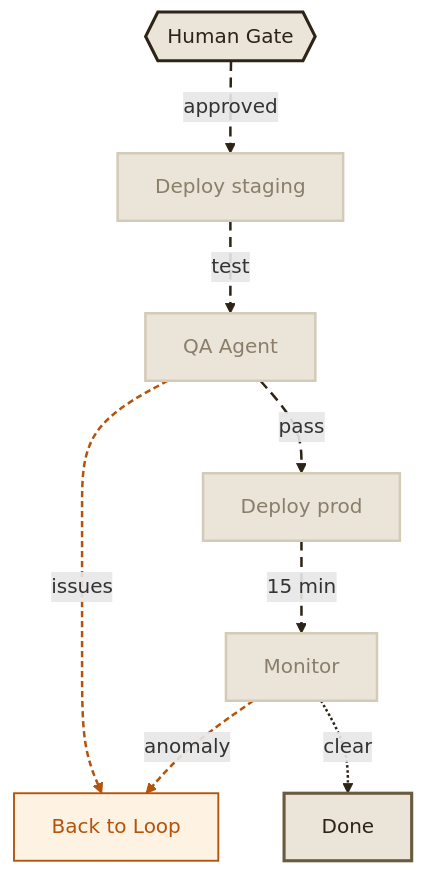
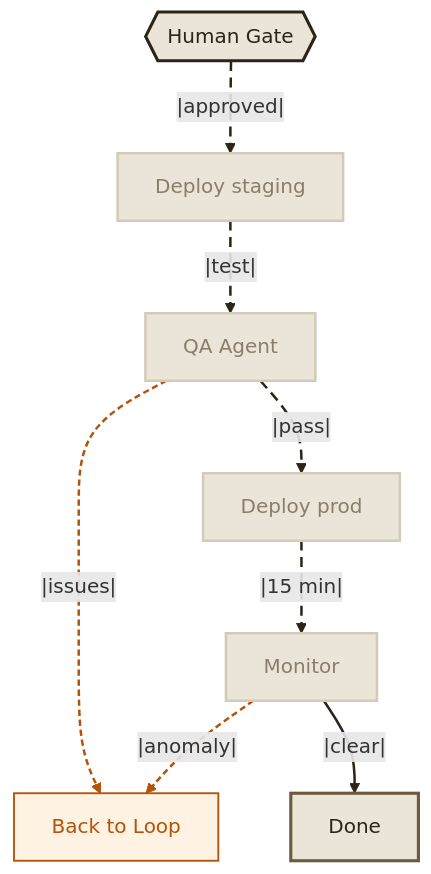
The fifth of 5 diagrams in docs/docs/concepts/index.mdx (dunkinfrunkin/maestro), drawn with Mermaid before and after one commit. The commit also changed other lines of this file, not shown here.

````diff
--- a/docs/docs/concepts/index.mdx
+++ b/docs/docs/concepts/index.mdx
@@ -137,26 +137,26 @@
 ```mermaid
 graph TB
-  HG{{"Human Gate"}} -. "approved" .-> DA["Deploy staging"]
-  DA -. "test" .-> QA["QA Agent"]
-  QA -. "issues" .-> BACK["Back to Loop"]
-  QA -. "pass" .-> DA2["Deploy prod"]
-  DA2 -. "15 min" .-> MA["Monitor"]
-  MA -. "anomaly" .-> BACK
-  MA -. "clear" .-> DONE["Done"]
+  HG{{"Human Gate"}} -- |approved| --> DA["Deploy staging"]
+  DA -- |test| --> QA["QA Agent"]
+  QA -- |issues| --> BACK["Back to Loop"]
+  QA -- |pass| --> DA2["Deploy prod"]
+  DA2 -- |15 min| --> MA["Monitor"]
+  MA -- |anomaly| --> BACK
+  MA -- |clear| --> DONE["Done"]
 
   style HG fill:#ebe5d9,stroke:#2c2416,stroke-width:2.5px,color:#2c2416
   style DA fill:#ebe5d9,stroke:#d4cab8,stroke-width:2px,color:#8a7e6b
   style QA fill:#ebe5d9,stroke:#d4cab8,stroke-width:2px,color:#8a7e6b
   style DA2 fill:#ebe5d9,stroke:#d4cab8,stroke-width:2px,color:#8a7e6b
   style MA fill:#ebe5d9,stroke:#d4cab8,stroke-width:2px,color:#8a7e6b
   style BACK fill:#fef3e2,stroke:#b45309,stroke-width:1.5px,color:#b45309
   style DONE fill:#ebe5d9,stroke:#6b5b3e,stroke-width:2.5px,color:#2c2416
 
   linkStyle 0 stroke:#2c2416,stroke-width:2px,stroke-dasharray:8 5
   linkStyle 1 stroke:#2c2416,stroke-width:2px,stroke-dasharray:8 5
   linkStyle 2 stroke:#b45309,stroke-width:2px,stroke-dasharray:5 3
   linkStyle 3 stroke:#2c2416,stroke-width:2px,stroke-dasharray:8 5
   linkStyle 4 stroke:#2c2416,stroke-width:2px,stroke-dasharray:8 5
   linkStyle 5 stroke:#b45309,stroke-width:2px,stroke-dasharray:5 3
   linkStyle 6 stroke:#2c2416,stroke-width:2px
 ```
````
